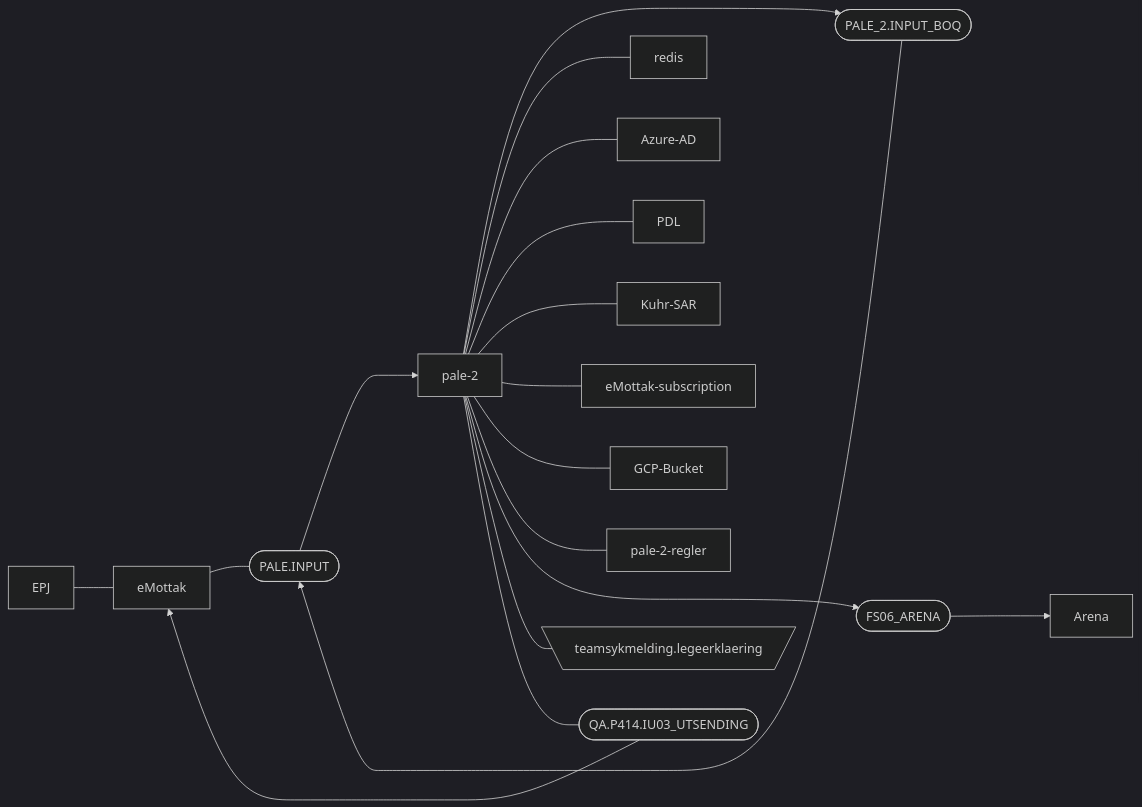
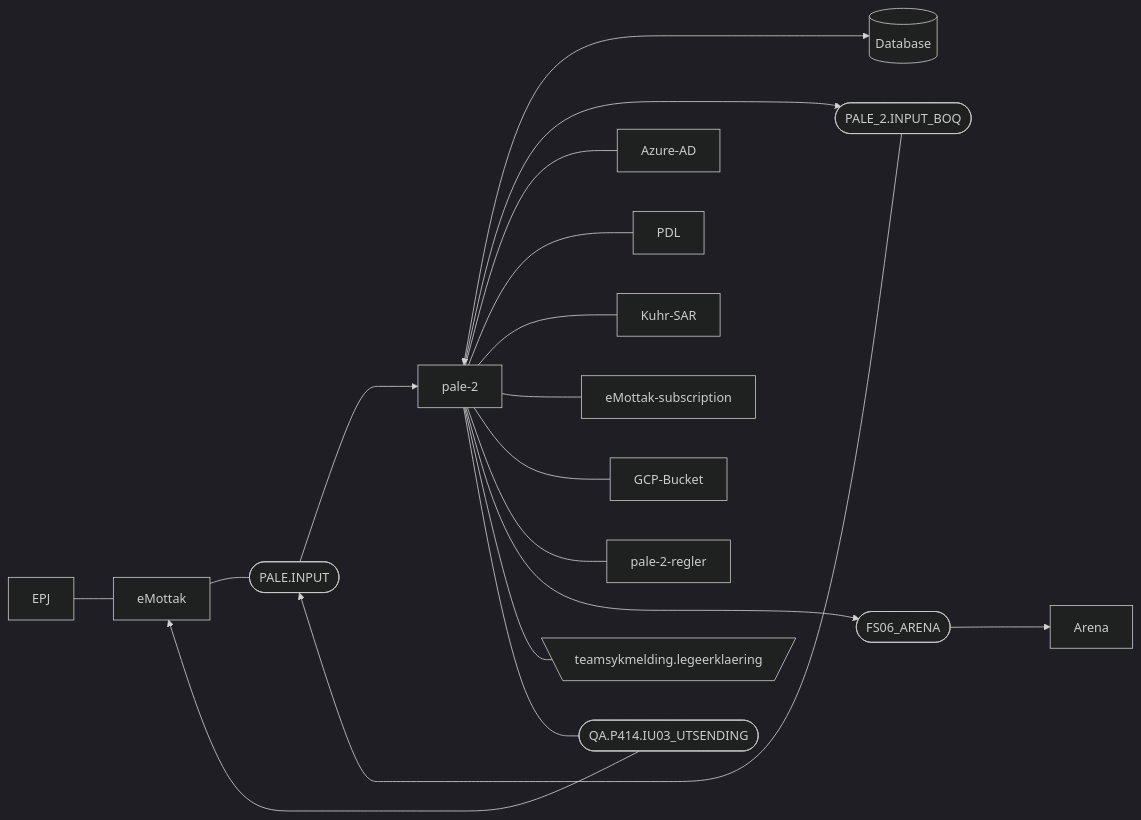
Before and after one commit to navikt/pale-2: the diagram in README.md, drawn with Mermaid (dark theme). The commit also changed other lines of this file and 10 other files, not shown here.

````diff
--- a/README.md
+++ b/README.md
@@ -10,20 +10,20 @@
 ```mermaid
   graph LR;
       EPJ---eMottak;
-      eMottak --- id1([PALE.INPUT]);
-      id1([PALE.INPUT]) ---> pale-2;
-      pale-2 ---> id2([PALE.INPUT]);
-      id2([PALE_2.INPUT_BOQ]) --->  id1([PALE.INPUT]);
-      pale-2 --- redis;
+      eMottak --- id2([PALE.INPUT]);
+      id2([PALE.INPUT]) ---> pale-2;
+      pale-2 <---> id1[(Database)];
+      pale-2 ---> id3([PALE_2.INPUT_BOQ]);
+      id3([PALE_2.INPUT_BOQ]) --->  id2([PALE.INPUT]);
       pale-2 --- Azure-AD;
       pale-2 --- PDL;
       pale-2 --- Kuhr-SAR;
       pale-2 --- eMottak-subscription;
       pale-2 --- GCP-Bucket;
       pale-2 --- pale-2-regler;
-      pale-2 ---> id3([FS06_ARENA]);
-      id3([FS06_ARENA]) ---> Arena;
+      pale-2 ---> id5([FS06_ARENA]);
+      id5([FS06_ARENA]) ---> Arena;
       pale-2 --- A[\teamsykmelding.legeerklaering/];
-      pale-2 --- id4([QA.P414.IU03_UTSENDING]);
-      id4([QA.P414.IU03_UTSENDING]) ---> eMottak;
+      pale-2 --- id6([QA.P414.IU03_UTSENDING]);
+      id6([QA.P414.IU03_UTSENDING]) ---> eMottak;
 ```
````
